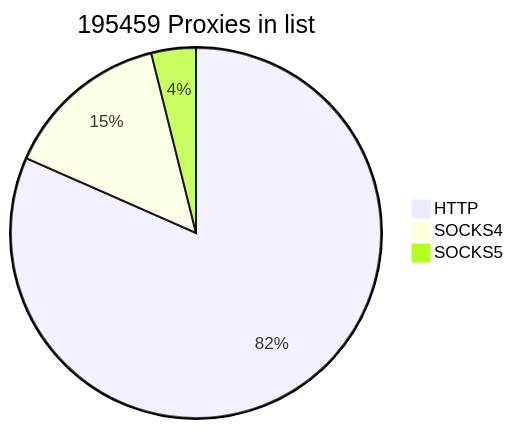
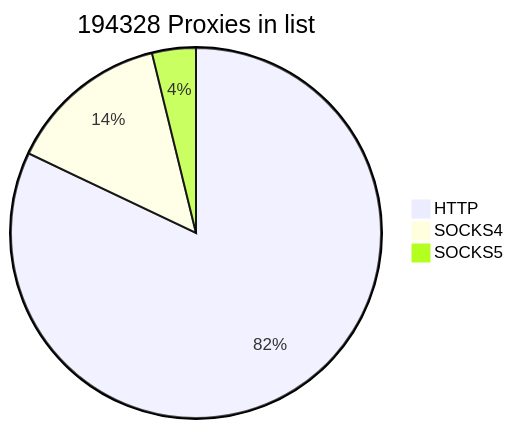
One commit to cutipu/proxylist changed the first of 2 diagrams in README.md. Above: the diagram before and after it, drawn with Mermaid. The commit also changed other lines of this file, not shown here.

````diff
--- a/README.md
+++ b/README.md
@@ -2,7 +2,7 @@
 ```mermaid
-pie title 195459 Proxies in list
-    "HTTP" : 159502
-    "SOCKS4" : 28360
-    "SOCKS5" : 7597
+pie title 194328 Proxies in list
+    "HTTP" : 159480
+    "SOCKS4" : 27420
+    "SOCKS5" : 7428
             
 ```
````
